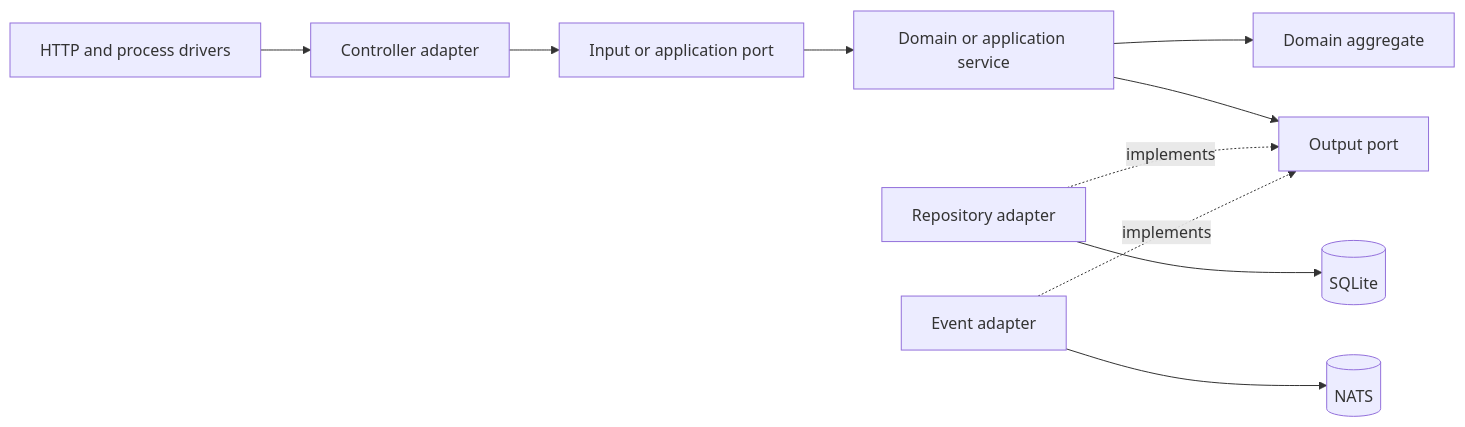
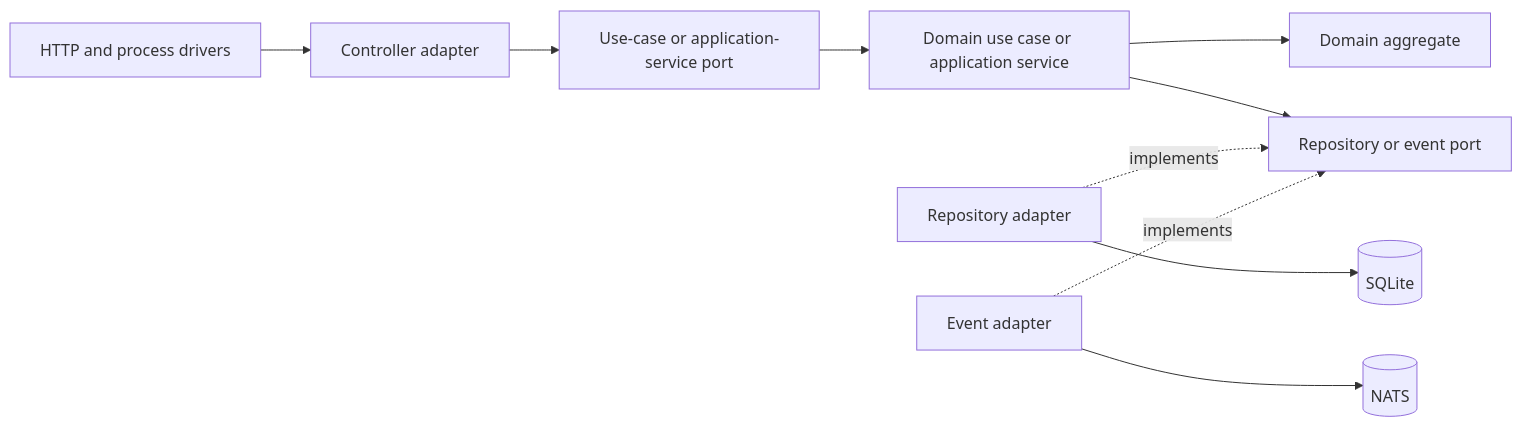
The diagram in docs/applicationarchitecture.md (wizact/go-todo-api), drawn with Mermaid before and after one commit. The commit also changed other lines of this file and 34 other files, not shown here.

````diff
--- a/docs/applicationarchitecture.md
+++ b/docs/applicationarchitecture.md
@@ -25,12 +25,12 @@
 ```mermaid
 flowchart LR
     HTTP[HTTP and process drivers] --> Controller[Controller adapter]
-    Controller --> Input[Input or application port]
-    Input --> Service[Domain or application service]
-    Service --> Aggregate[Domain aggregate]
-    Service --> Output[Output port]
-    Repository[Repository adapter] -. implements .-> Output
+    Controller --> Contract[Use-case or application-service port]
+    Contract --> Behavior[Domain use case or application service]
+    Behavior --> Aggregate[Domain aggregate]
+    Behavior --> Collaborator[Repository or event port]
+    Repository[Repository adapter] -. implements .-> Collaborator
     Repository --> SQLite[(SQLite)]
-    Publisher[Event adapter] -. implements .-> Output
+    Publisher[Event adapter] -. implements .-> Collaborator
     Publisher --> NATS[(NATS)]
 ```
````
